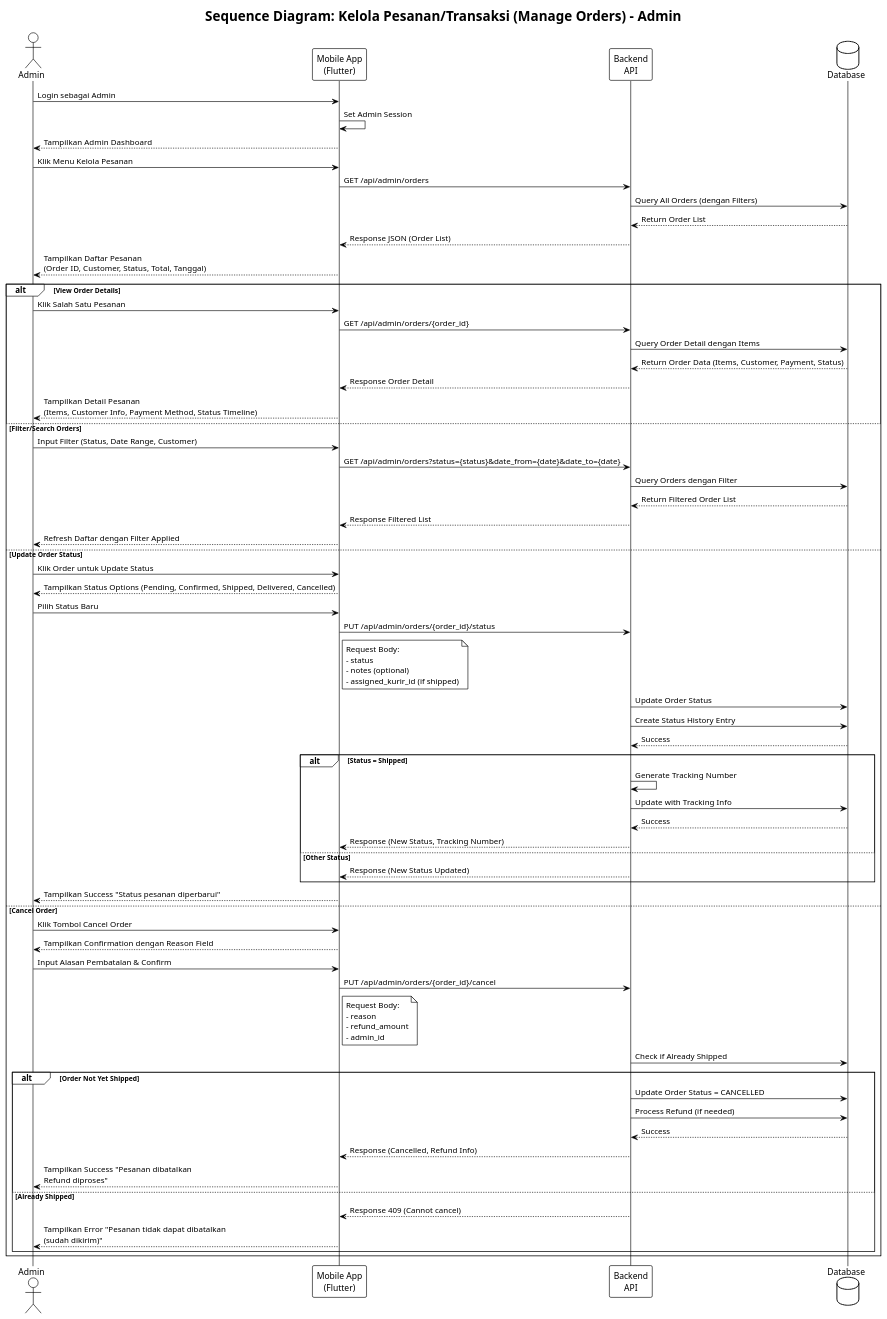
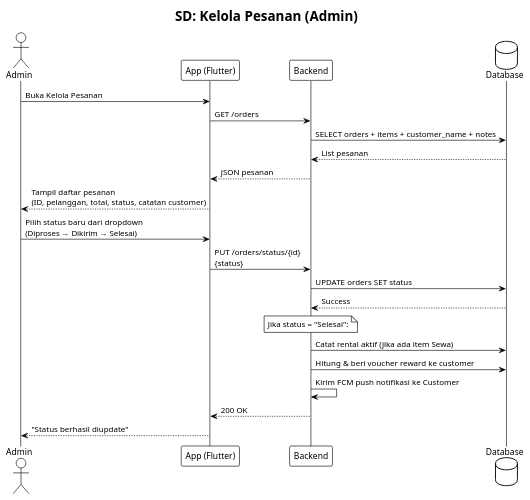
Before and after one commit to IlhamMaulana13/Project3-SitemApkOrderGalon: the diagram in diagrams/08_kelola_pesanan_admin_sequence.puml, drawn with PlantUML. The commit also changed 47 other files, not shown here.

First line of the commit message:
feat(diagrams): add activity and class diagrams for kasir and backend structures

```diff
--- a/diagrams/08_kelola_pesanan_admin_sequence.puml
+++ b/diagrams/08_kelola_pesanan_admin_sequence.puml
@@ -1,90 +1,29 @@
 @startuml Kelola_Pesanan_Admin
 !theme plain
-title Sequence Diagram: Kelola Pesanan/Transaksi (Manage Orders) - Admin
+title SD: Kelola Pesanan (Admin)
 actor Admin
-participant "Mobile App\n(Flutter)" as App
-participant "Backend\nAPI" as API
+participant "App (Flutter)" as App
+participant "Backend" as API
 database "Database" as DB
 
-Admin -> App: Login sebagai Admin
-App -> App: Set Admin Session
-App --> Admin: Tampilkan Admin Dashboard
+Admin -> App: Buka Kelola Pesanan
+App -> API: GET /orders
+API -> DB: SELECT orders + items + customer_name + notes
+DB --> API: List pesanan
+API --> App: JSON pesanan
+App --> Admin: Tampil daftar pesanan\n(ID, pelanggan, total, status, catatan customer)
 
-Admin -> App: Klik Menu Kelola Pesanan
-App -> API: GET /api/admin/orders
-API -> DB: Query All Orders (dengan Filters)
-DB --> API: Return Order List
-API --> App: Response JSON (Order List)
-App --> Admin: Tampilkan Daftar Pesanan\n(Order ID, Customer, Status, Total, Tanggal)
+Admin -> App: Pilih status baru dari dropdown\n(Diproses → Dikirim → Selesai)
+App -> API: PUT /orders/status/{id}\n{status}
+API -> DB: UPDATE orders SET status
+DB --> API: Success
 
-alt View Order Details
-    Admin -> App: Klik Salah Satu Pesanan
-    App -> API: GET /api/admin/orders/{order_id}
-    API -> DB: Query Order Detail dengan Items
-    DB --> API: Return Order Data (Items, Customer, Payment, Status)
-    API --> App: Response Order Detail
-    App --> Admin: Tampilkan Detail Pesanan\n(Items, Customer Info, Payment Method, Status Timeline)
+note over API: Jika status = "Selesai":
+API -> DB: Catat rental aktif (jika ada item Sewa)
+API -> DB: Hitung & beri voucher reward ke customer
+API -> API: Kirim FCM push notifikasi ke Customer
 
-else Filter/Search Orders
-    Admin -> App: Input Filter (Status, Date Range, Customer)
-    App -> API: GET /api/admin/orders?status={status}&date_from={date}&date_to={date}
-    API -> DB: Query Orders dengan Filter
-    DB --> API: Return Filtered Order List
-    API --> App: Response Filtered List
-    App --> Admin: Refresh Daftar dengan Filter Applied
-
-else Update Order Status
-    Admin -> App: Klik Order untuk Update Status
-    App --> Admin: Tampilkan Status Options (Pending, Confirmed, Shipped, Delivered, Cancelled)
-
-    Admin -> App: Pilih Status Baru
-    App -> API: PUT /api/admin/orders/{order_id}/status
-    note right of App
-        Request Body:
-        - status
-        - notes (optional)
-        - assigned_kurir_id (if shipped)
-    end note
-
-    API -> DB: Update Order Status
-    API -> DB: Create Status History Entry
-    DB --> API: Success
-
-    alt Status = Shipped
-        API -> API: Generate Tracking Number
-        API -> DB: Update with Tracking Info
-        DB --> API: Success
-        API --> App: Response (New Status, Tracking Number)
-    else Other Status
-        API --> App: Response (New Status Updated)
-    end
-
-    App --> Admin: Tampilkan Success "Status pesanan diperbarui"
-
-else Cancel Order
-    Admin -> App: Klik Tombol Cancel Order
-    App --> Admin: Tampilkan Confirmation dengan Reason Field
-
-    Admin -> App: Input Alasan Pembatalan & Confirm
-    App -> API: PUT /api/admin/orders/{order_id}/cancel
-    note right of App
-        Request Body:
-        - reason
-        - refund_amount
-        - admin_id
-    end note
-
-    API -> DB: Check if Already Shipped
-    alt Order Not Yet Shipped
-        API -> DB: Update Order Status = CANCELLED
-        API -> DB: Process Refund (if needed)
-        DB --> API: Success
-        API --> App: Response (Cancelled, Refund Info)
-        App --> Admin: Tampilkan Success "Pesanan dibatalkan\nRefund diproses"
-    else Already Shipped
-        API --> App: Response 409 (Cannot cancel)
-        App --> Admin: Tampilkan Error "Pesanan tidak dapat dibatalkan\n(sudah dikirim)"
-    end
-end
+API --> App: 200 OK
+App --> Admin: "Status berhasil diupdate"
 
 @enduml
```
